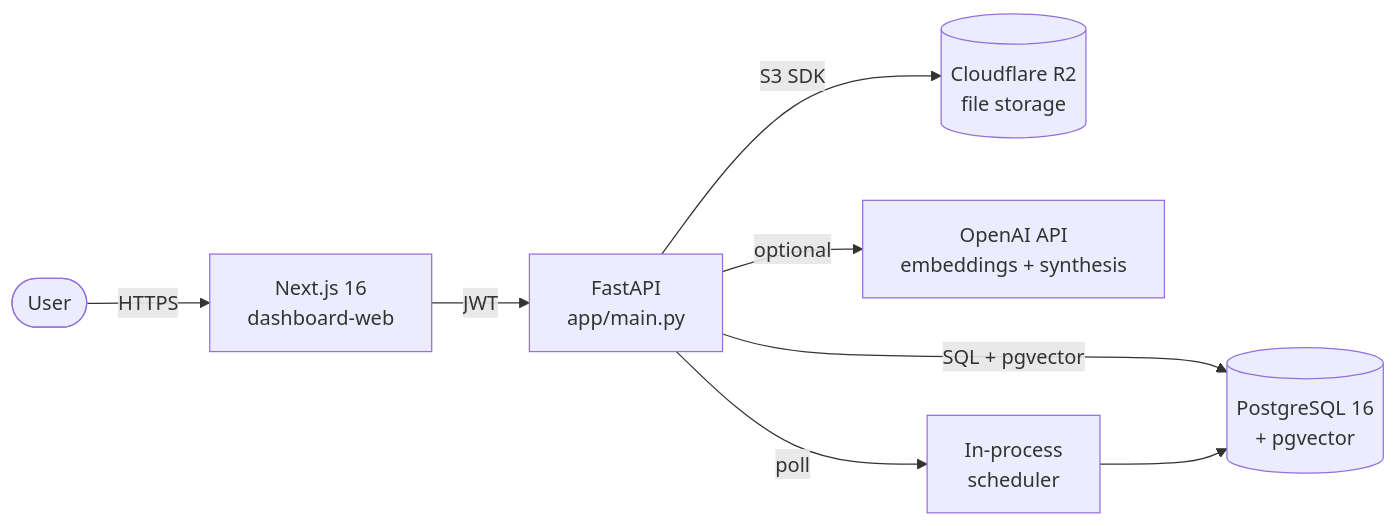
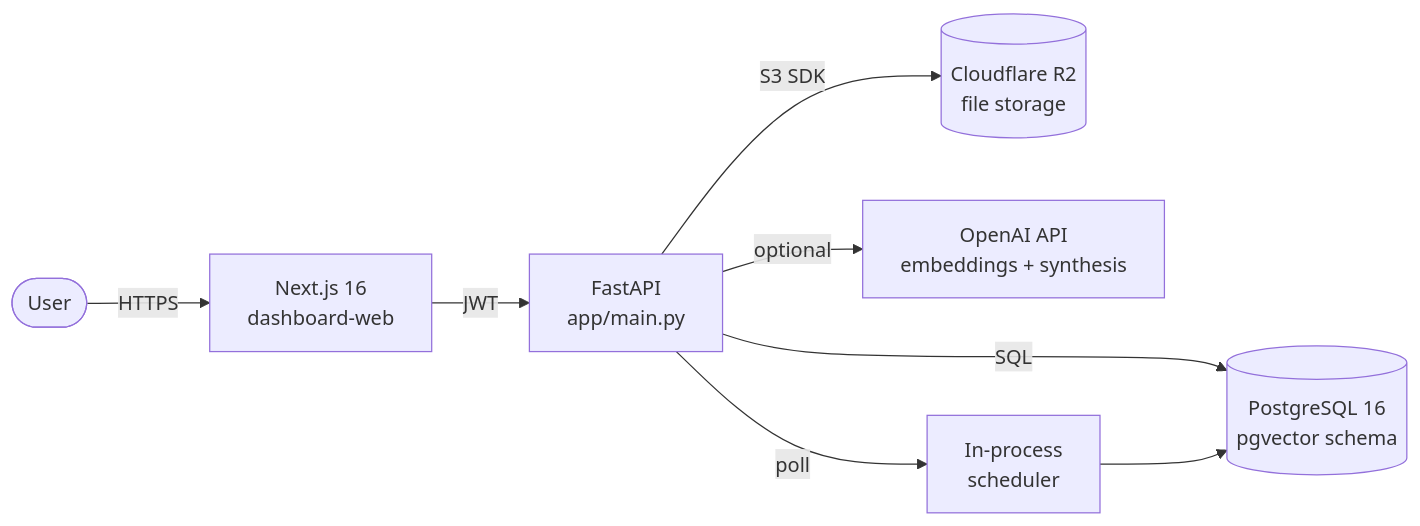
One commit to JeremyL691/SourceHero-AI changed the diagram in README.md. Above: the diagram before and after it, drawn with Mermaid. The commit also changed other lines of this file, not shown here.

Commit message:
Correct semantic-search claims to match runtime reality: lexical retrieval is live, pgvector/HNSW schema is defined as the next milestone (honest engineering state)

````diff
--- a/README.md
+++ b/README.md
@@ -57,10 +57,10 @@
 ```mermaid
 flowchart LR
     User([User]) -->|HTTPS| Next[Next.js 16<br/>dashboard-web]
     Next -->|JWT| API[FastAPI<br/>app/main.py]
-    API -->|SQL + pgvector| PG[(PostgreSQL 16<br/>+ pgvector)]
+    API -->|SQL| PG[(PostgreSQL 16<br/>pgvector schema)]
     API -->|S3 SDK| R2[(Cloudflare R2<br/>file storage)]
     API -->|optional| OAI[OpenAI API<br/>embeddings + synthesis]
     API -->|poll| Sched[In-process<br/>scheduler]
     Sched --> PG
 ```
````
